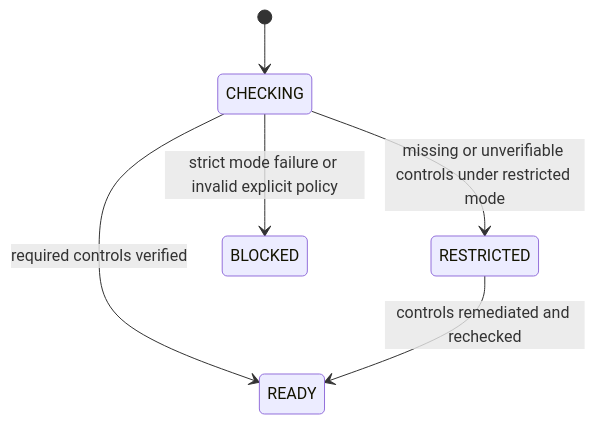
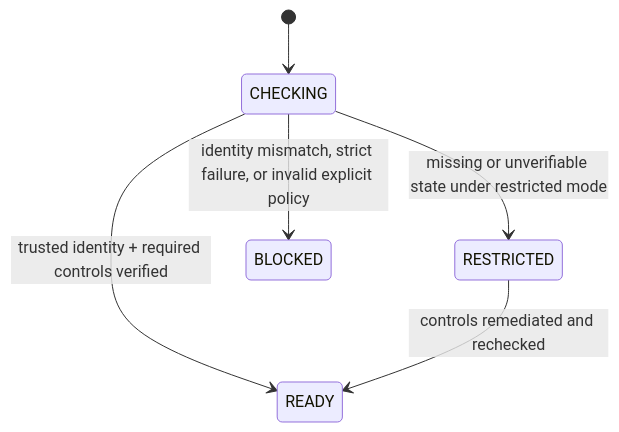
Before and after one commit to tomo-chan/agent-harness: the second of 4 diagrams in docs/01-architecture.md, drawn with Mermaid. The commit also changed other lines of this file, not shown here.

Commit message:
docs: integrate trusted identity and canonical publication into architecture

````diff
--- a/docs/01-architecture.md
+++ b/docs/01-architecture.md
@@ -41,8 +44,8 @@
 ```mermaid
 stateDiagram-v2
     [*] --> CHECKING
-    CHECKING --> READY: required controls verified
-    CHECKING --> RESTRICTED: missing or unverifiable controls under restricted mode
-    CHECKING --> BLOCKED: strict mode failure or invalid explicit policy
+    CHECKING --> READY: trusted identity + required controls verified
+    CHECKING --> RESTRICTED: missing or unverifiable state under restricted mode
+    CHECKING --> BLOCKED: identity mismatch, strict failure, or invalid explicit policy
     RESTRICTED --> READY: controls remediated and rechecked
 ```
````
